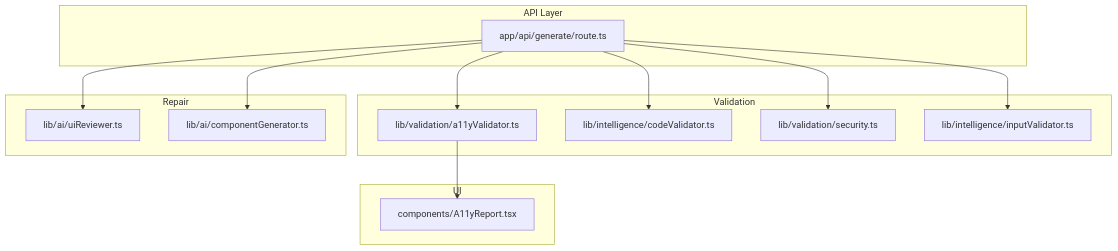
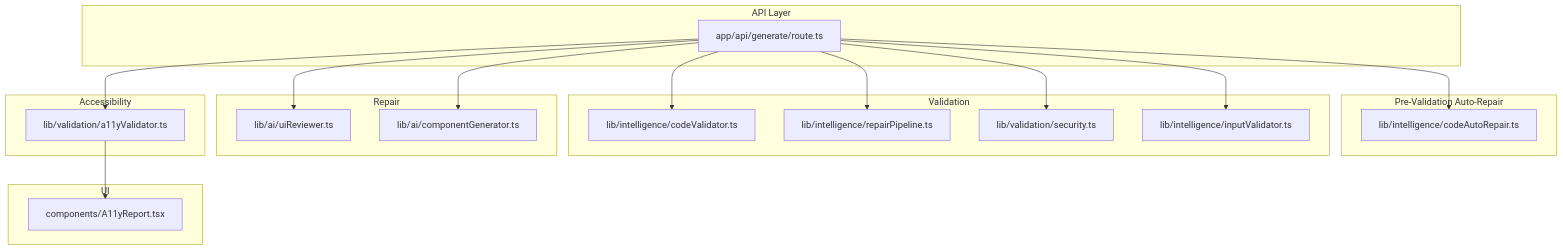
Before and after one commit to shekhargiri005-dotcom/AI-powered-accessibility-first-UI-engine: the first of 10 diagrams in .qoder/repowiki/en/content/AI Generation Engine/Core Generation Pipeline/Validation & Repair System.md, drawn with Mermaid. The commit also changed other lines of this file and 6 other files, not shown here.

````diff
--- a/.qoder/repowiki/en/content/AI Generation Engine/Core Generation Pipeline/Validation & Repair System.md
+++ b/.qoder/repowiki/en/content/AI Generation Engine/Core Generation Pipeline/Validation & Repair System.md
@@ -54,26 +61,34 @@
 ```mermaid
 graph TB
 subgraph "API Layer"
 R["app/api/generate/route.ts"]
 end
+subgraph "Pre-Validation Auto-Repair"
+CAR["lib/intelligence/codeAutoRepair.ts"]
+end
 subgraph "Validation"
-AV["lib/validation/a11yValidator.ts"]
 CV["lib/intelligence/codeValidator.ts"]
+RP["lib/intelligence/repairPipeline.ts"]
 SEC["lib/validation/security.ts"]
 IV["lib/intelligence/inputValidator.ts"]
 end
 subgraph "Repair"
 UR["lib/ai/uiReviewer.ts"]
 CG["lib/ai/componentGenerator.ts"]
 end
+subgraph "Accessibility"
+AV["lib/validation/a11yValidator.ts"]
+end
 subgraph "UI"
 AR["components/A11yReport.tsx"]
 end
+R --> CAR
 R --> IV
 R --> CV
+R --> RP
 R --> SEC
 R --> AV
 R --> UR
 R --> CG
 AV --> AR
 ```
````
